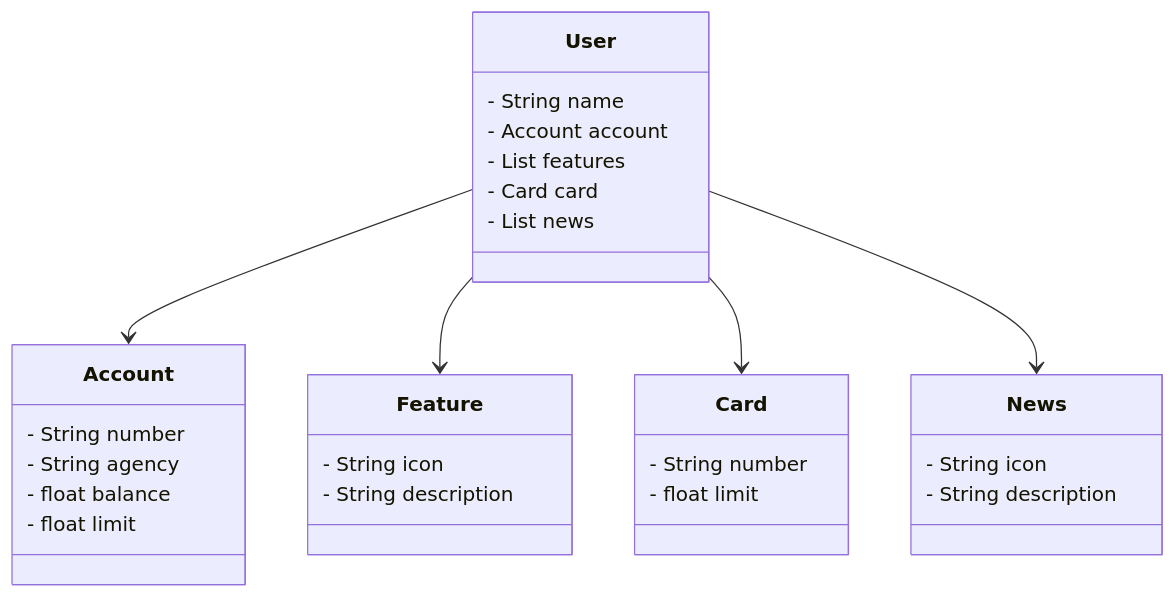
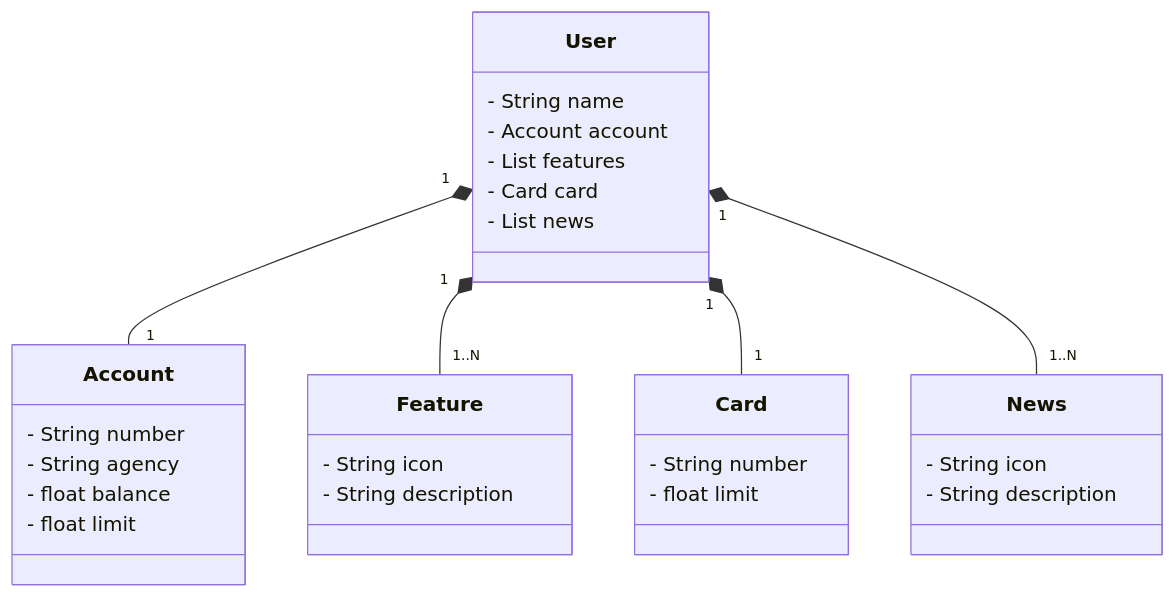
The diagram in README.md (FelipeTD/spring-api-railway), drawn with Mermaid before and after one commit.

````diff
--- a/README.md
+++ b/README.md
@@ -6,38 +6,38 @@
 ```mermaid
 classDiagram
     class User {
         - String name
         - Account account
         - List<Feature> features
         - Card card
         - List<News> news
     }
 
     class Account {
         - String number
         - String agency
         - float balance
         - float limit
     }
 
     class Feature {
         - String icon
         - String description
     }
 
     class Card {
         - String number
         - float limit
     }
 
     class News {
         - String icon
         - String description
     }
 
-    User --> Account
-    User --> Feature
-    User --> Card
-    User --> News
+    User "1" *-- "1" Account
+    User "1" *-- "1..N" Feature
+    User "1" *-- "1" Card
+    User "1" *-- "1..N" News
 
 ```
````
